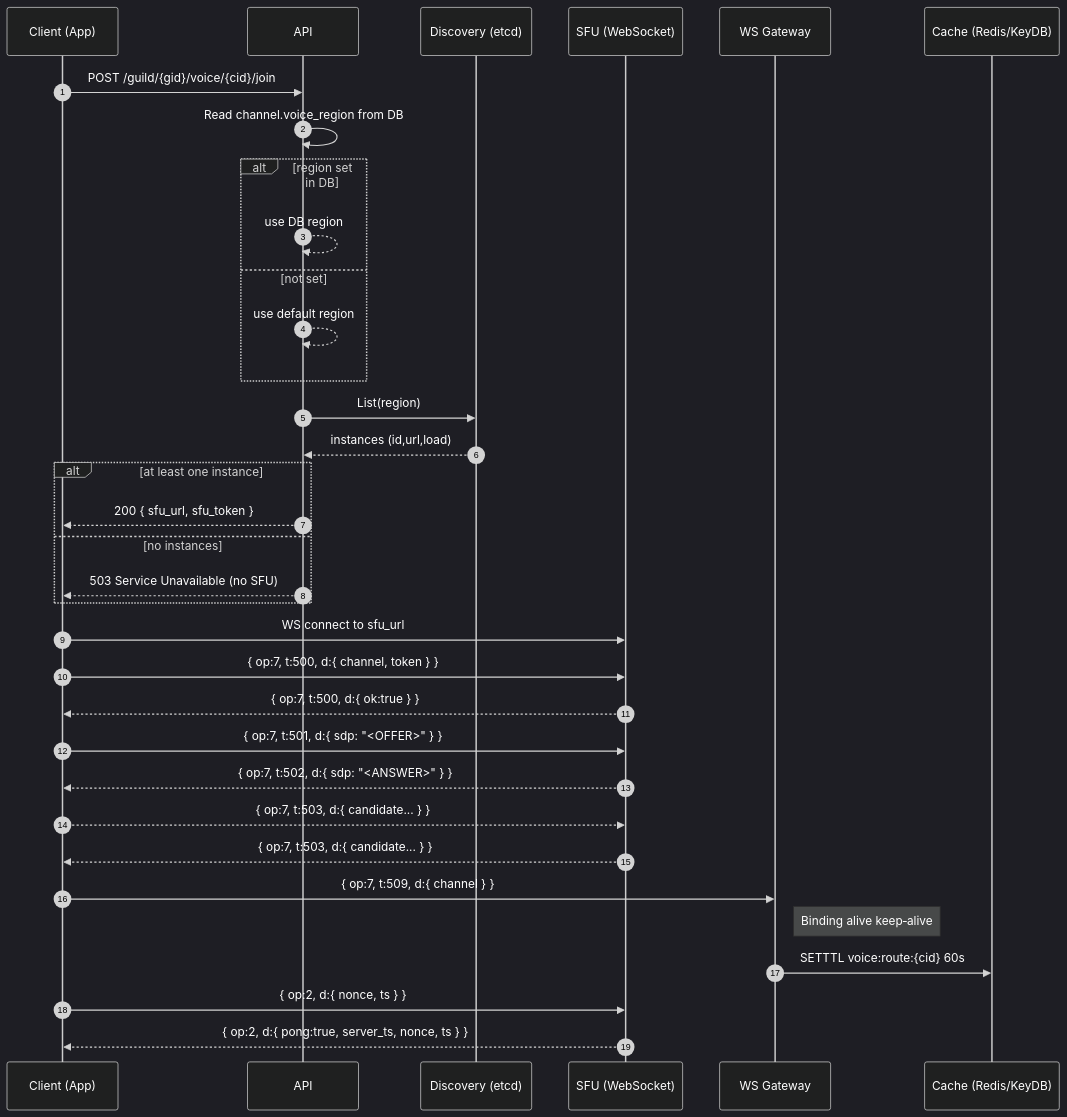
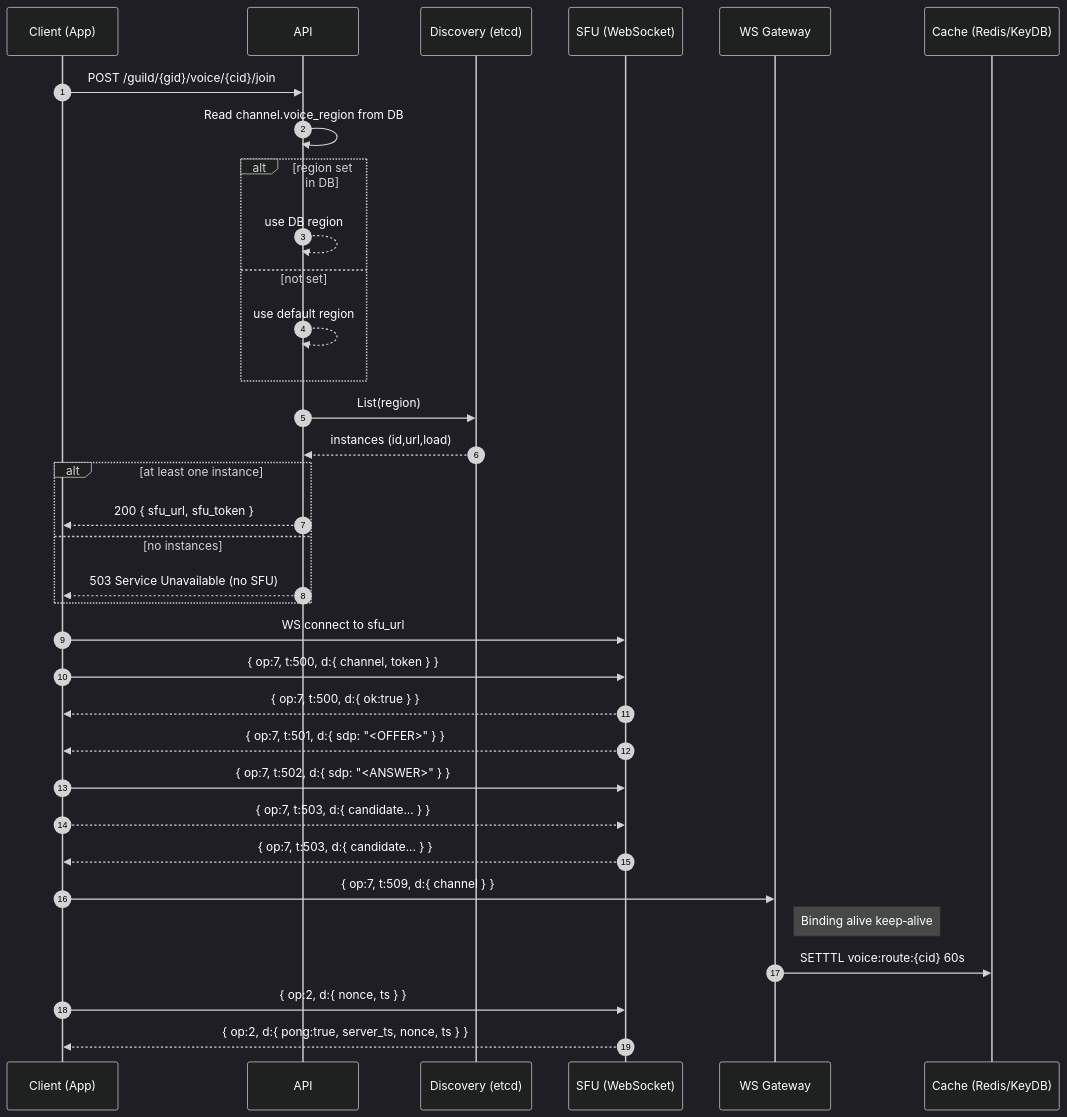
Before and after one commit to FlameInTheDark/gochat: the diagram in docs/project/voice/VoicePipeline.md, drawn with Mermaid. The commit also changed other lines of this file and 8 other files, not shown here.

````diff
--- a/docs/project/voice/VoicePipeline.md
+++ b/docs/project/voice/VoicePipeline.md
@@ -9,52 +9,52 @@
 ```mermaid
 ---
 config:
   look: handDrawn
   theme: dark
   themeVariables:
     textColor: "#ffffff"
     primaryTextColor: "#ffffff"
     actorTextColor: "#ffffff"
     signalTextColor: "#ffffff"
     noteTextColor: "#ffffff"
 ---
 sequenceDiagram
   autonumber
   participant U as Client (App)
   participant API as API
   participant Disco as Discovery (etcd)
   participant SFU as SFU (WebSocket)
   participant WS as WS Gateway
   participant Cache as Cache (Redis/KeyDB)
 
   U->>API: POST /guild/{gid}/voice/{cid}/join
   API->>API: Read channel.voice_region from DB
   alt region set in DB
     API-->>API: use DB region
   else not set
     API-->>API: use default region
   end
   API->>Disco: List(region)
   Disco-->>API: instances (id,url,load)
   alt at least one instance
     API-->>U: 200 { sfu_url, sfu_token }
   else no instances
     API-->>U: 503 Service Unavailable (no SFU)
   end
 
   U->>SFU: WS connect to sfu_url
   U->>SFU: { op:7, t:500, d:{ channel, token } }
   SFU-->>U: { op:7, t:500, d:{ ok:true } }
 
-  U->>SFU: { op:7, t:501, d:{ sdp: "<OFFER>" } }
-  SFU-->>U: { op:7, t:502, d:{ sdp: "<ANSWER>" } }
+  SFU-->>U: { op:7, t:501, d:{ sdp: "<OFFER>" } }
+  U->>SFU: { op:7, t:502, d:{ sdp: "<ANSWER>" } }
   U-->>SFU: { op:7, t:503, d:{ candidate... } }
   SFU-->>U: { op:7, t:503, d:{ candidate... } }
 
   U->>WS: { op:7, t:509, d:{ channel } }  
   note right of WS: Binding alive keep‑alive
   WS->>Cache: SETTTL voice:route:{cid} 60s
 
   U->>SFU: { op:2, d:{ nonce, ts } }  
   SFU-->>U: { op:2, d:{ pong:true, server_ts, nonce, ts } }
 ```
````
